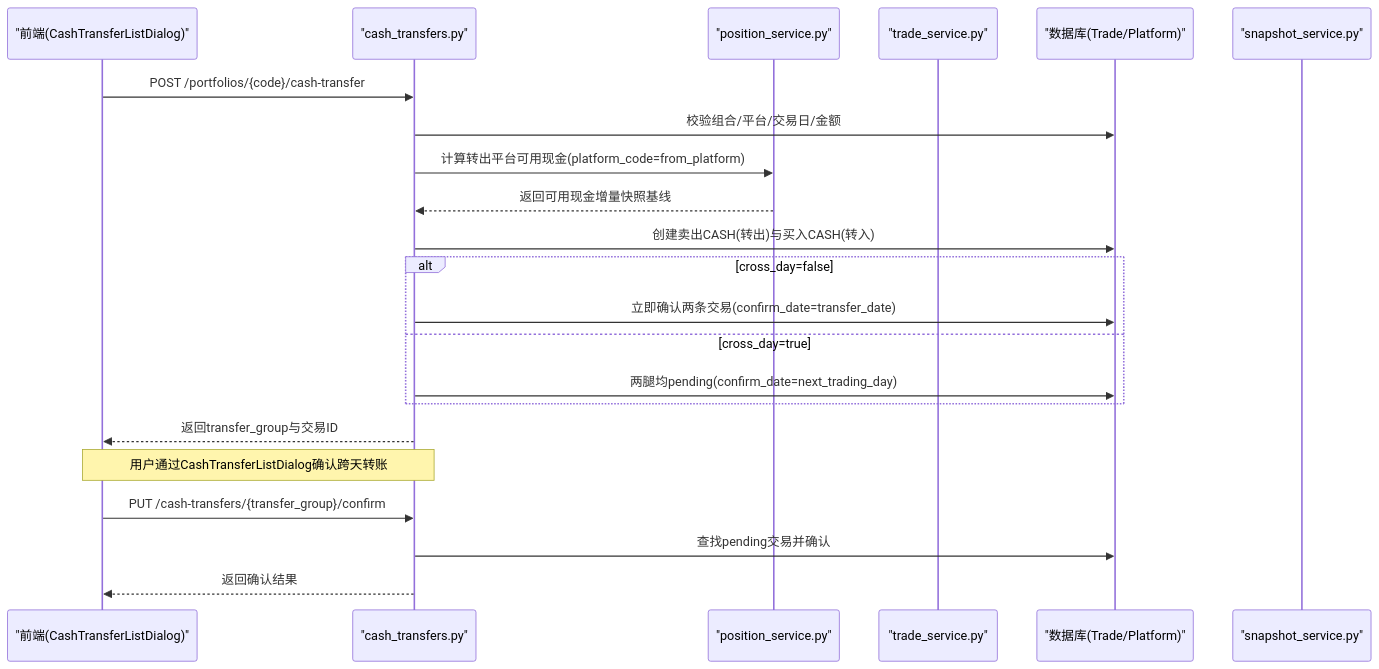
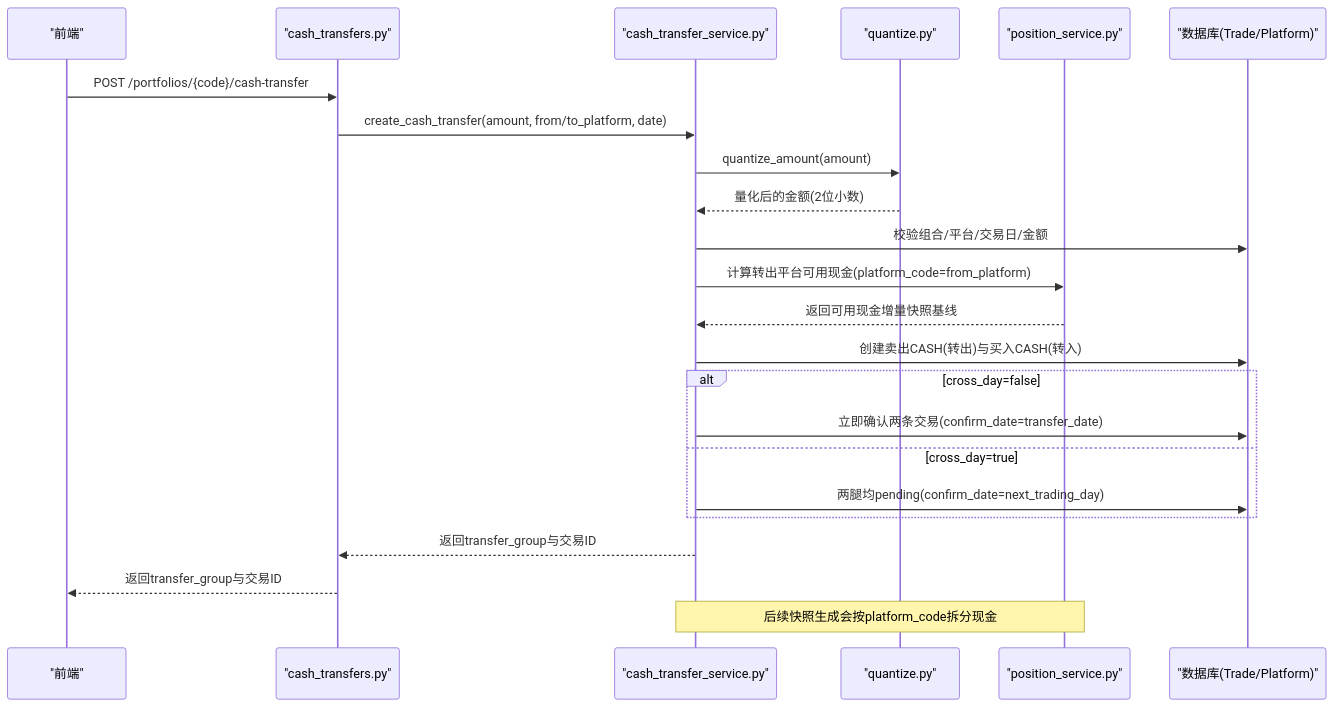
One commit to gujialind/InvestRing changed the second of 9 diagrams in .qoder/repowiki/zh/content/核心业务功能/平台间现金转移系统.md. Above: the diagram before and after it, drawn with Mermaid. The commit also changed other lines of this file and 65 other files, not shown here.

````diff
--- a/.qoder/repowiki/zh/content/核心业务功能/平台间现金转移系统.md
+++ b/.qoder/repowiki/zh/content/核心业务功能/平台间现金转移系统.md
@@ -143,24 +148,25 @@
 ```mermaid
 sequenceDiagram
-participant FE as "前端(CashTransferListDialog)"
+participant FE as "前端"
 participant RT as "cash_transfers.py"
+participant CS as "cash_transfer_service.py"
+participant QZ as "quantize.py"
 participant PS as "position_service.py"
-participant TS as "trade_service.py"
 participant DB as "数据库(Trade/Platform)"
-participant SS as "snapshot_service.py"
 FE->>RT : POST /portfolios/{code}/cash-transfer
-RT->>DB : 校验组合/平台/交易日/金额
-RT->>PS : 计算转出平台可用现金(platform_code=from_platform)
-PS-->>RT : 返回可用现金增量快照基线
-RT->>DB : 创建卖出CASH(转出)与买入CASH(转入)
+RT->>CS : create_cash_transfer(amount, from/to_platform, date)
+CS->>QZ : quantize_amount(amount)
+QZ-->>CS : 量化后的金额(2位小数)
+CS->>DB : 校验组合/平台/交易日/金额
+CS->>PS : 计算转出平台可用现金(platform_code=from_platform)
+PS-->>CS : 返回可用现金增量快照基线
+CS->>DB : 创建卖出CASH(转出)与买入CASH(转入)
 alt cross_day=false
-RT->>DB : 立即确认两条交易(confirm_date=transfer_date)
+CS->>DB : 立即确认两条交易(confirm_date=transfer_date)
 else cross_day=true
-RT->>DB : 两腿均pending(confirm_date=next_trading_day)
+CS->>DB : 两腿均pending(confirm_date=next_trading_day)
 end
+CS-->>RT : 返回transfer_group与交易ID
 RT-->>FE : 返回transfer_group与交易ID
-Note over FE,RT : 用户通过CashTransferListDialog确认跨天转账
-FE->>RT : PUT /cash-transfers/{transfer_group}/confirm
-RT->>DB : 查找pending交易并确认
-RT-->>FE : 返回确认结果
+Note over PS,CS : 后续快照生成会按platform_code拆分现金
 ```
````
